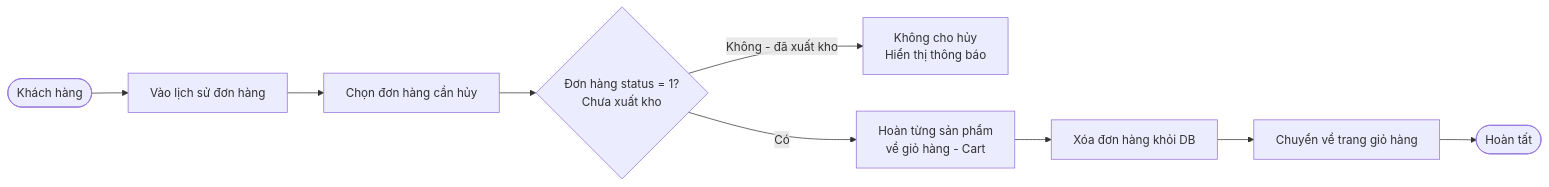
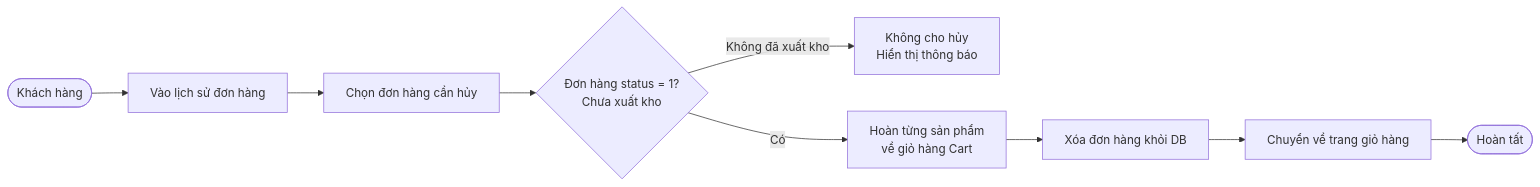
One commit to thien258/luanvantotnghiep changed the ninth of 18 diagrams in app/Http/doc/diagrams.md. Above: the diagram before and after it, drawn with Mermaid. The commit also changed other lines of this file and 27 other files, not shown here.

````diff
--- a/app/Http/doc/diagrams.md
+++ b/app/Http/doc/diagrams.md
@@ -446,11 +315,11 @@
 ```mermaid
 flowchart LR
     A([Khách hàng]) --> B[Vào lịch sử đơn hàng]
     B --> C[Chọn đơn hàng cần hủy]
     C --> D{Đơn hàng status = 1?\nChưa xuất kho}
-    D -->|Không - đã xuất kho| E[Không cho hủy\nHiển thị thông báo]
-    D -->|Có| F[Hoàn từng sản phẩm\nvề giỏ hàng - Cart]
+    D -->|Không đã xuất kho| E[Không cho hủy\nHiển thị thông báo]
+    D -->|Có| F[Hoàn từng sản phẩm\nvề giỏ hàng Cart]
     F --> G[Xóa đơn hàng khỏi DB]
     G --> H[Chuyển về trang giỏ hàng]
     H --> I([Hoàn tất])
 ```
````
